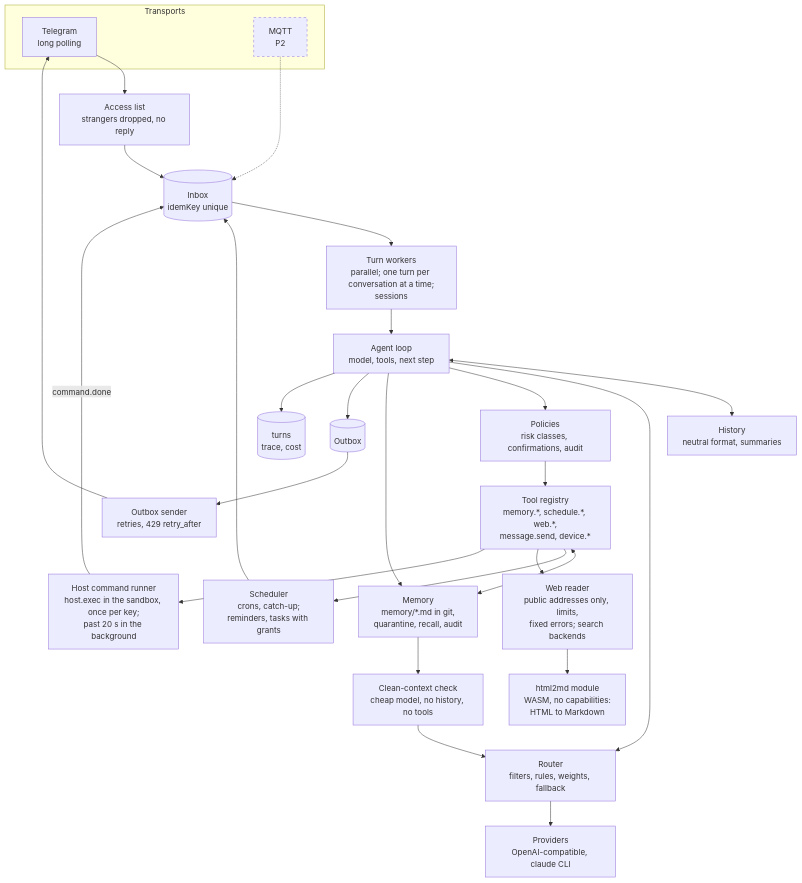
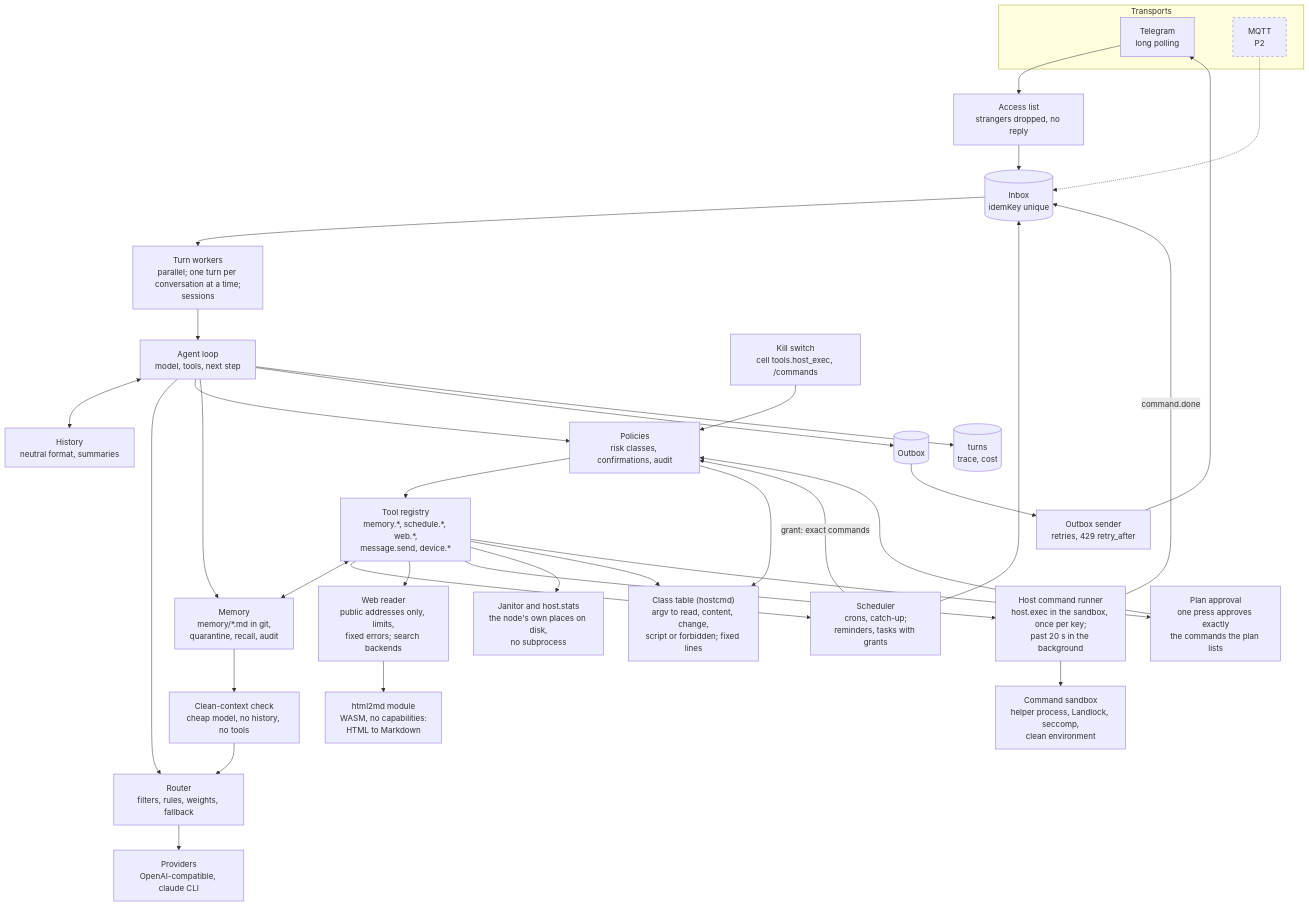
One commit to igorrius/ganglion changed the first of 3 diagrams in docs/architecture/03-components.md. Above: the diagram before and after it, drawn with Mermaid. The commit also changed other lines of this file and 4 other files, not shown here.

First line of the commit message:
docs: M3d host commands — architecture views, measured numbers, the plan ticked

````diff
--- a/docs/architecture/03-components.md
+++ b/docs/architecture/03-components.md
@@ -8,54 +8,67 @@
 ```mermaid
 flowchart TB
     subgraph transports["Transports"]
         tgt["Telegram<br/>long polling"]
         mqt["MQTT<br/>P2"]
     end
 
     acl["Access list<br/>strangers dropped, no reply"]
     inbox[("Inbox<br/>idemKey unique")]
     actors["Turn workers<br/>parallel; one turn per conversation at a time;<br/>sessions"]
     loop["Agent loop<br/>model, tools, next step"]
     history["History<br/>neutral format, summaries"]
     router["Router<br/>filters, rules, weights, fallback"]
     providers["Providers<br/>OpenAI-compatible, claude CLI"]
     tools["Tool registry<br/>memory.*, schedule.*, web.*,<br/>message.send, device.*"]
     web["Web reader<br/>public addresses only, limits,<br/>fixed errors; search backends"]
     html2md["html2md module<br/>WASM, no capabilities:<br/>HTML to Markdown"]
     policies["Policies<br/>risk classes, confirmations, audit"]
     memory["Memory<br/>memory/*.md in git,<br/>quarantine, recall, audit"]
     guard["Clean-context check<br/>cheap model, no history, no tools"]
     sched["Scheduler<br/>crons, catch-up;<br/>reminders, tasks with grants"]
     hostrun["Host command runner<br/>host.exec in the sandbox, once per key;<br/>past 20 s in the background"]
+    hostcmd["Class table (hostcmd)<br/>argv to read, content, change,<br/>script or forbidden; fixed lines"]
+    sandbox["Command sandbox<br/>helper process, Landlock, seccomp,<br/>clean environment"]
+    hostjan["Janitor and host.stats<br/>the node's own places on disk,<br/>no subprocess"]
+    hostsw["Kill switch<br/>cell tools.host_exec, /commands"]
+    planapp["Plan approval<br/>one press approves exactly<br/>the commands the plan lists"]
     outbox[("Outbox")]
     sender["Outbox sender<br/>retries, 429 retry_after"]
     turns[("turns<br/>trace, cost")]
 
     tgt --> acl
     acl --> inbox
     mqt -.-> inbox
     sched --> inbox
     inbox --> actors
     actors --> loop
     loop <--> history
     loop --> router
     router --> providers
     loop --> policies
     policies --> tools
     tools <--> memory
     loop --> memory
     memory --> guard
     guard --> router
     tools --> sched
     tools --> web
     tools --> hostrun
+    tools --> hostjan
+    policies --> hostcmd
+    tools --> hostcmd
+    tools --> planapp
+    planapp --> policies
+    sched -- "grant: exact commands" --> policies
+    hostsw --> policies
+    hostrun --> sandbox
     hostrun -- "command.done" --> inbox
     web --> html2md
     loop --> outbox
     loop --> turns
     outbox --> sender
     sender --> tgt
 
     classDef planned stroke-dasharray: 5 5
     class mqt planned
 ```
````
